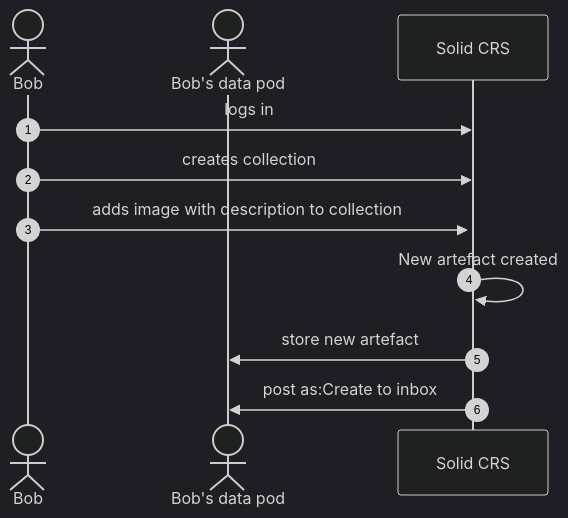
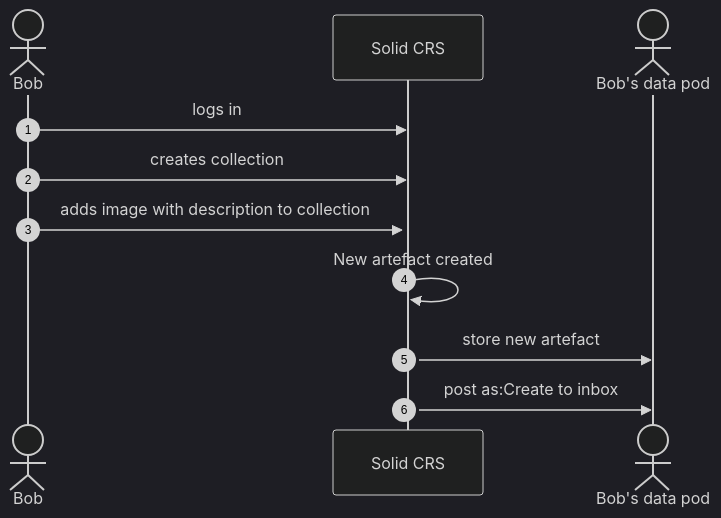
One commit to CRISalid-esr/spec-usecases changed the diagram in diagrams/heritage/bob-creates-heritage-artefact.md. Above: the diagram before and after it, drawn with Mermaid (dark theme). The commit also changed other lines of this file and 2 other files, not shown here.

````diff
--- a/diagrams/heritage/bob-creates-heritage-artefact.md
+++ b/diagrams/heritage/bob-creates-heritage-artefact.md
@@ -1,15 +1,15 @@
 ```mermaid
 sequenceDiagram
         actor Bob
+        participant CRS as Solid CRS
         actor BP as Bob's data pod
-        participant CRS as Solid CRS
 
         autonumber
         Bob ->> CRS: logs in
         Bob ->> CRS: creates collection
         Bob ->>+ CRS: adds image with description to collection
         CRS ->> CRS: New artefact created
 
         CRS ->> BP: store new artefact
         CRS ->> BP: post as:Create to inbox
 ```
````
